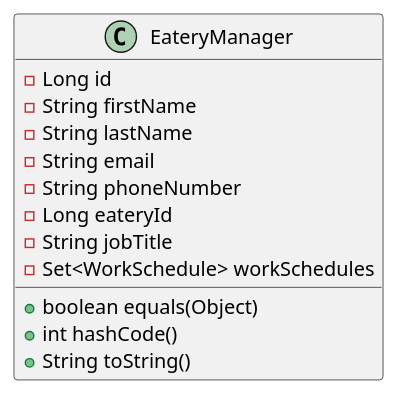
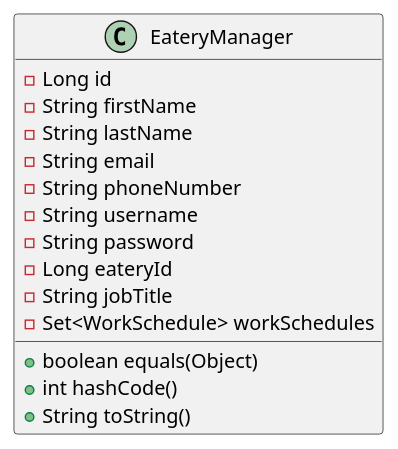
Before and after one commit to kyklospi/eatery: the diagram in diagram/manager.puml, drawn with PlantUML. The commit also changed 25 other files, not shown here.

Commit message:
update person data with username password

```diff
--- a/diagram/manager.puml
+++ b/diagram/manager.puml
@@ -1,15 +1,17 @@
 @startuml
 class EateryManager {
 - Long id
 - String firstName
 - String lastName
 - String email
 - String phoneNumber
+- String username
+- String password
 - Long eateryId
 - String jobTitle
 - Set<WorkSchedule> workSchedules
 + boolean equals(Object)
 + int hashCode()
 + String toString()
 }
 @enduml
```
